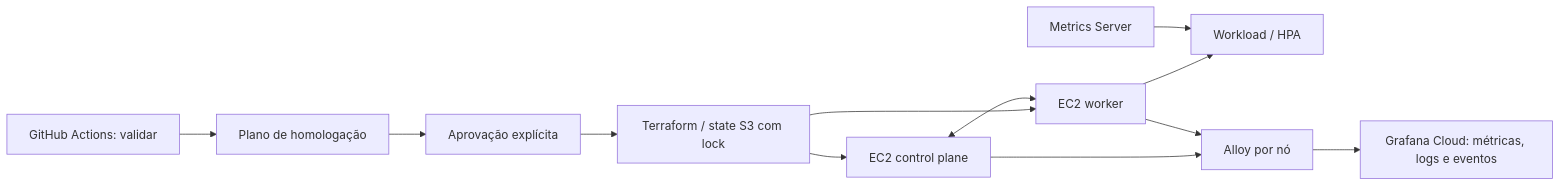
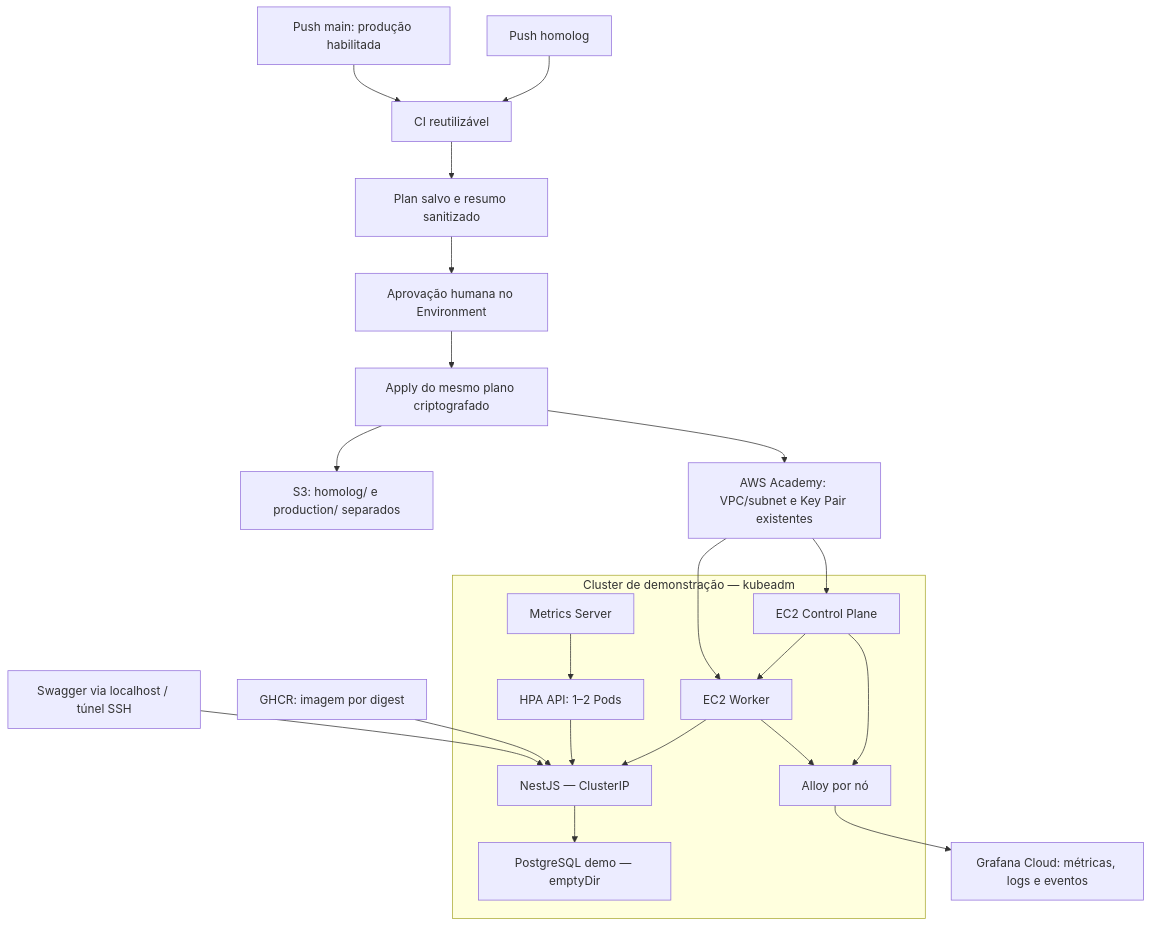
The diagram in README.md (FernandoGreco/techChallengePosTech-k8s-infra), drawn with Mermaid before and after one commit. The commit also changed other lines of this file and 37 other files, not shown here.

````diff
--- a/README.md
+++ b/README.md
@@ -9,14 +15,25 @@
 ```mermaid
-flowchart LR
-  CI[GitHub Actions: validar] --> PLAN[Plano de homologação]
-  PLAN --> APPROVAL[Aprovação explícita]
-  APPROVAL --> TF[Terraform / state S3 com lock]
-  TF --> CP[EC2 control plane]
-  TF --> WK[EC2 worker]
-  CP <--> WK
-  WK --> HPA[Workload / HPA]
-  MS[Metrics Server] --> HPA
-  CP --> AL[Alloy por nó]
+flowchart TB
+  H["Push homolog"] --> CI["CI reutilizável"]
+  M["Push main: produção habilitada"] --> CI
+  CI --> P["Plan salvo e resumo sanitizado"]
+  P --> A["Aprovação humana no Environment"]
+  A --> AP["Apply do mesmo plano criptografado"]
+  AP --> S3["S3: homolog/ e production/ separados"]
+  AP --> AWS["AWS Academy: VPC/subnet e Key Pair existentes"]
+  subgraph DEMO["Cluster de demonstração — kubeadm"]
+    CP["EC2 Control Plane"] --> WK["EC2 Worker"]
+    WK --> API["NestJS — ClusterIP"]
+    API --> PG["PostgreSQL demo — emptyDir"]
+    MS["Metrics Server"] --> HPA["HPA API: 1–2 Pods"]
+    HPA --> API
+    AL["Alloy por nó"]
+  end
+  AWS --> CP
+  AWS --> WK
+  GHCR["GHCR: imagem por digest"] --> API
+  LOCAL["Swagger via localhost / túnel SSH"] --> API
+  CP --> AL
   WK --> AL
-  AL --> GC[Grafana Cloud: métricas, logs e eventos]
+  AL --> GC["Grafana Cloud: métricas, logs e eventos"]
 ```
````
